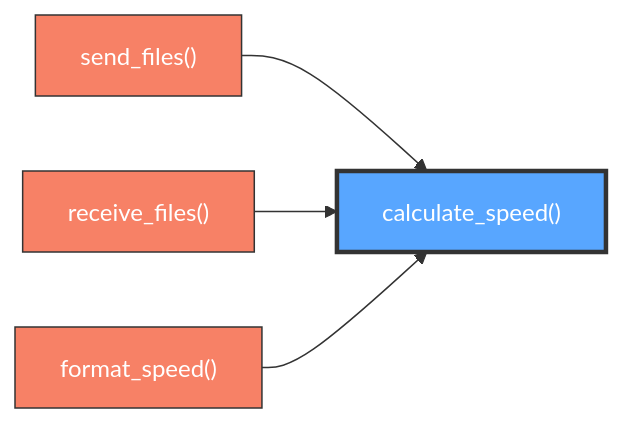
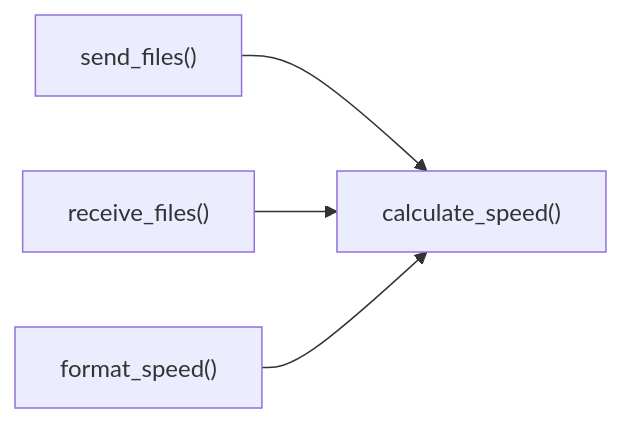
Before and after one commit to proudsunburn/ftransfer: the diagram in docs/calculate_speed.md, drawn with Mermaid. The commit also changed 23 other files, not shown here.

Commit message:
MINOR: Remove colors from mermaid for easy light/dark mode switching

````diff
--- a/docs/calculate_speed.md
+++ b/docs/calculate_speed.md
@@ -11,14 +11,11 @@
 ```mermaid
 graph LR
-    send_files["send_files()"]:::red
-    receive_files["receive_files()"]:::red
-    format_speed["format_speed()"]:::red
-    calculate_speed["calculate_speed()"]:::highlight
+    send_files["send_files()"]
+    receive_files["receive_files()"]
+    format_speed["format_speed()"]
+    calculate_speed["calculate_speed()"]
 
     send_files --> calculate_speed
     receive_files --> calculate_speed
     format_speed --> calculate_speed
-
-    classDef red fill:#f78166,stroke:#333,color:#fff
-    classDef highlight fill:#58a6ff,stroke:#333,color:#fff,stroke-width:3px
 ```
````
